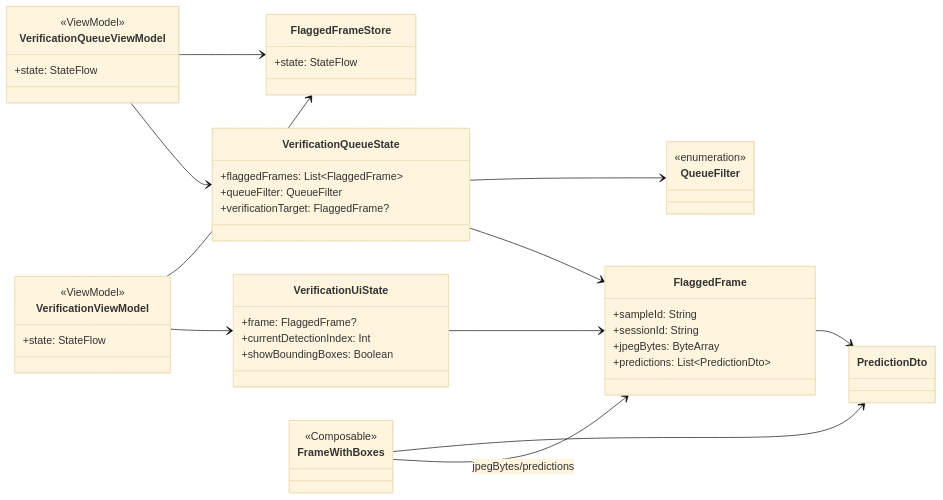
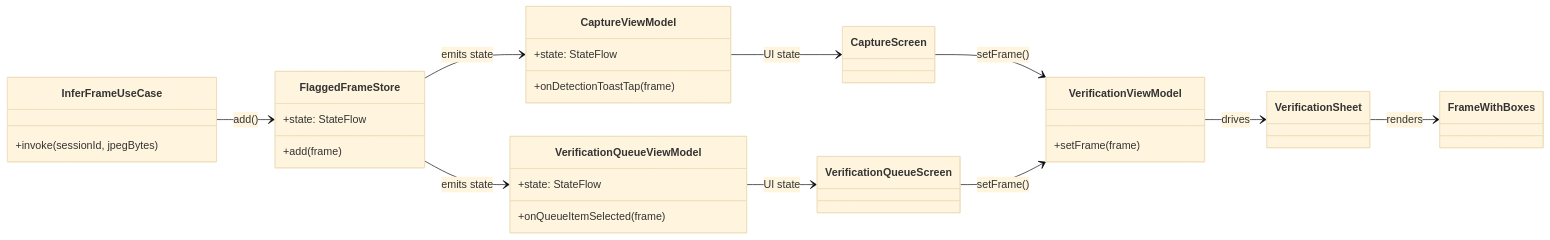
The diagram in docs/class/2.1.md (Joryuoo/AgarthaVision), drawn with Mermaid (base theme) before and after one commit. The commit also changed 11 other files, not shown here.

Commit message:
docs: sequence diagram in mermaid

````diff
--- a/docs/class/2.1.md
+++ b/docs/class/2.1.md
@@ -3,52 +3,42 @@
 ```mermaid
 classDiagram
 direction LR
 
-class FlaggedFrame {
-  +sampleId: String
-  +sessionId: String
-  +jpegBytes: ByteArray
-  +predictions: List~PredictionDto~
+class InferFrameUseCase {
+  +invoke(sessionId, jpegBytes)
 }
-
-class PredictionDto
 
 class FlaggedFrameStore {
   +state: StateFlow
+  +add(frame)
 }
 
-class QueueFilter <<enumeration>>
-class VerificationQueueState {
-  +flaggedFrames: List~FlaggedFrame~
-  +queueFilter: QueueFilter
-  +verificationTarget: FlaggedFrame?
+class CaptureViewModel {
+  +state: StateFlow
+  +onDetectionToastTap(frame)
 }
 
-class VerificationQueueViewModel <<ViewModel>> {
+class VerificationQueueViewModel {
   +state: StateFlow
+  +onQueueItemSelected(frame)
 }
 
-VerificationQueueViewModel --> FlaggedFrameStore
-VerificationQueueViewModel --> VerificationQueueState
-VerificationQueueState --> QueueFilter
-VerificationQueueState --> FlaggedFrame
-FlaggedFrame --> PredictionDto
-
-class VerificationUiState {
-  +frame: FlaggedFrame?
-  +currentDetectionIndex: Int
-  +showBoundingBoxes: Boolean
+class VerificationViewModel {
+  +setFrame(frame)
 }
 
-class VerificationViewModel <<ViewModel>> {
-  +state: StateFlow
-}
+class CaptureScreen
+class VerificationQueueScreen
+class VerificationSheet
+class FrameWithBoxes
 
-VerificationViewModel --> FlaggedFrameStore
-VerificationViewModel --> VerificationUiState
-VerificationUiState --> FlaggedFrame
-
-class FrameWithBoxes <<Composable>>
-FrameWithBoxes --> PredictionDto
-FrameWithBoxes --> FlaggedFrame : jpegBytes/predictions
+InferFrameUseCase --> FlaggedFrameStore : add()
+FlaggedFrameStore --> CaptureViewModel : emits state
+FlaggedFrameStore --> VerificationQueueViewModel : emits state
+CaptureViewModel --> CaptureScreen : UI state
+VerificationQueueViewModel --> VerificationQueueScreen : UI state
+CaptureScreen --> VerificationViewModel : setFrame()
+VerificationQueueScreen --> VerificationViewModel : setFrame()
+VerificationViewModel --> VerificationSheet : drives
+VerificationSheet --> FrameWithBoxes : renders
 ```
````
